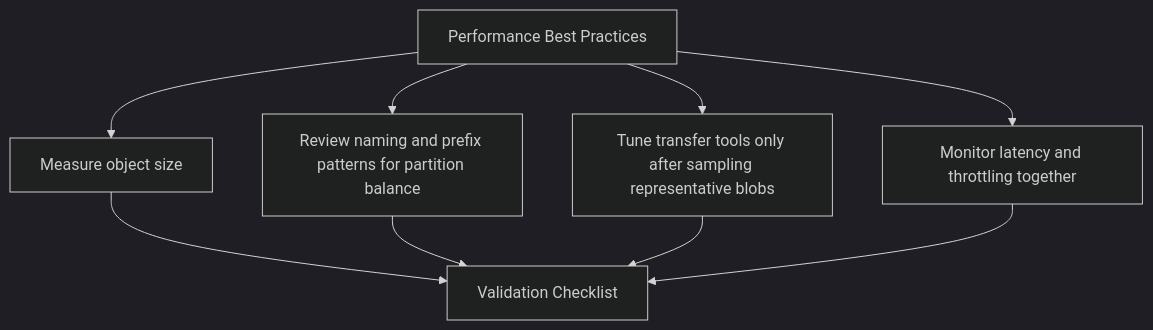
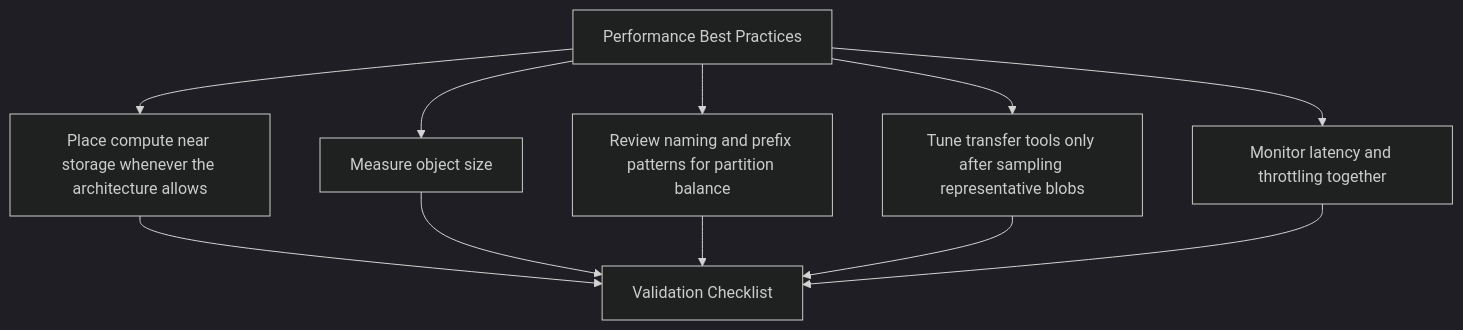
The diagram in docs/best-practices/performance-best-practices.md (yeongseon/azure-storage-practical-guide), drawn with Mermaid (dark theme) before and after one commit. The commit also changed 9 other files, not shown here.

Commit message:
fix: rebuild remaining BP diagrams from practice bullets with label shortening

````diff
--- a/docs/best-practices/performance-best-practices.md
+++ b/docs/best-practices/performance-best-practices.md
@@ -29,17 +29,20 @@
 ```mermaid
 flowchart TD
     T["Performance Best Practices"]
-    P1["Measure object size"]
+    P1["Place compute near storage whenever the architecture allows"]
     T --> P1
-    P2["Review naming and prefix patterns for partition balance"]
+    P2["Measure object size"]
     T --> P2
-    P3["Tune transfer tools only after sampling representative blobs"]
+    P3["Review naming and prefix patterns for partition balance"]
     T --> P3
-    P4["Monitor latency and throttling together"]
+    P4["Tune transfer tools only after sampling representative blobs"]
     T --> P4
+    P5["Monitor latency and throttling together"]
+    T --> P5
     V["Validation Checklist"]
     P1 --> V
     P2 --> V
     P3 --> V
     P4 --> V
+    P5 --> V
 ```
````
